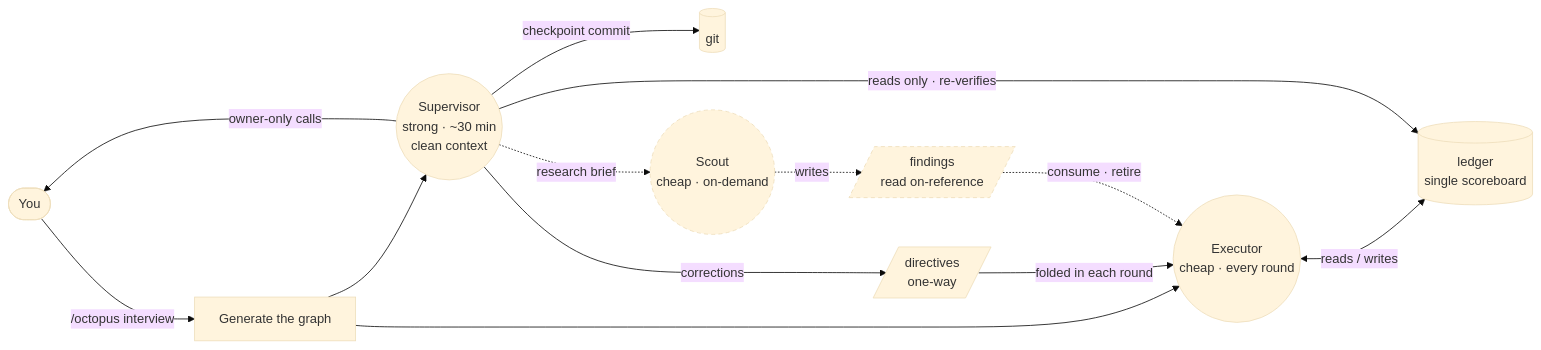
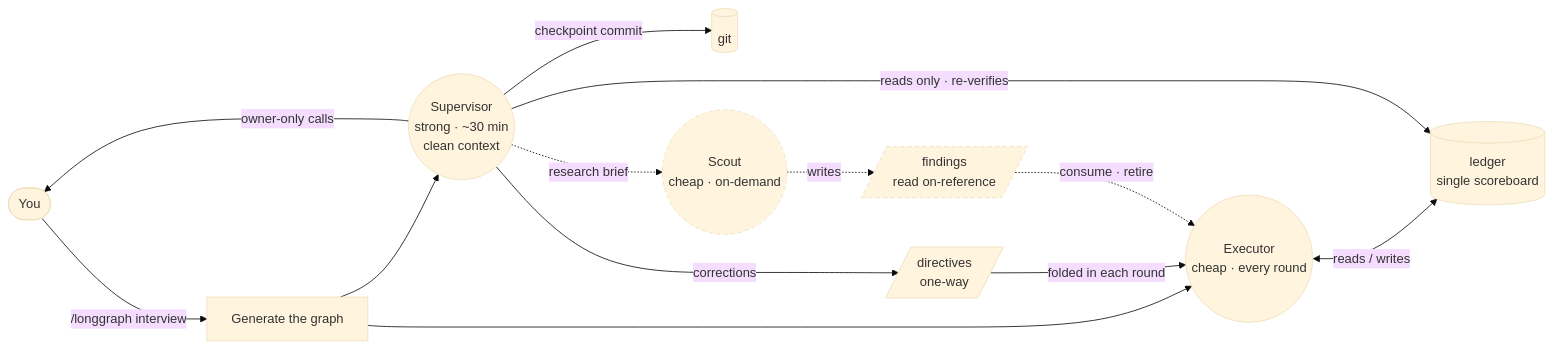
Before and after one commit to levi-qiao/longgraph-skill: the diagram in skills/loop-graph/README.md, drawn with Mermaid (base theme). The commit also changed other lines of this file and 28 other files, not shown here.

First line of the commit message:
docs!: rename product brand octopus → longgraph with legacy aliases

````diff
--- a/skills/loop-graph/README.md
+++ b/skills/loop-graph/README.md
@@ -62,19 +62,19 @@
 ```mermaid
 flowchart LR
-    U([You]) -->|"/octopus" interview| G[Generate the graph]
+    U([You]) -->|"/longgraph" interview| G[Generate the graph]
     G --> EXE((Executor<br/>cheap · every round))
     G --> SUP((Supervisor<br/>strong · ~30 min<br/>clean context))
 
     EXE <-->|reads / writes| LG[(ledger<br/>single scoreboard)]
     SUP -->|reads only · re-verifies| LG
     SUP -->|corrections| DIR[/directives<br/>one-way/]
     DIR -->|folded in each round| EXE
     SUP -->|checkpoint commit| GIT[(git)]
     SUP -->|owner-only calls| U
 
     SUP -.->|research brief| SC((Scout<br/>cheap · on-demand)):::opt
     SC -.->|writes| FND[/findings<br/>read on-reference/]:::opt
     FND -.->|consume · retire| EXE
 
     classDef opt stroke-dasharray:5 4;
 ```
````
